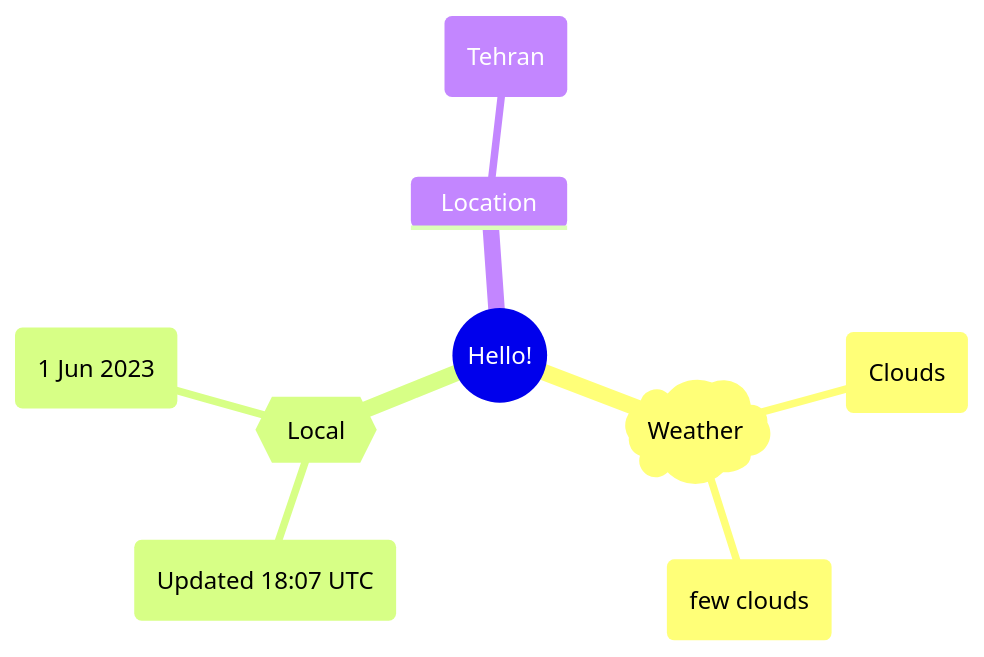
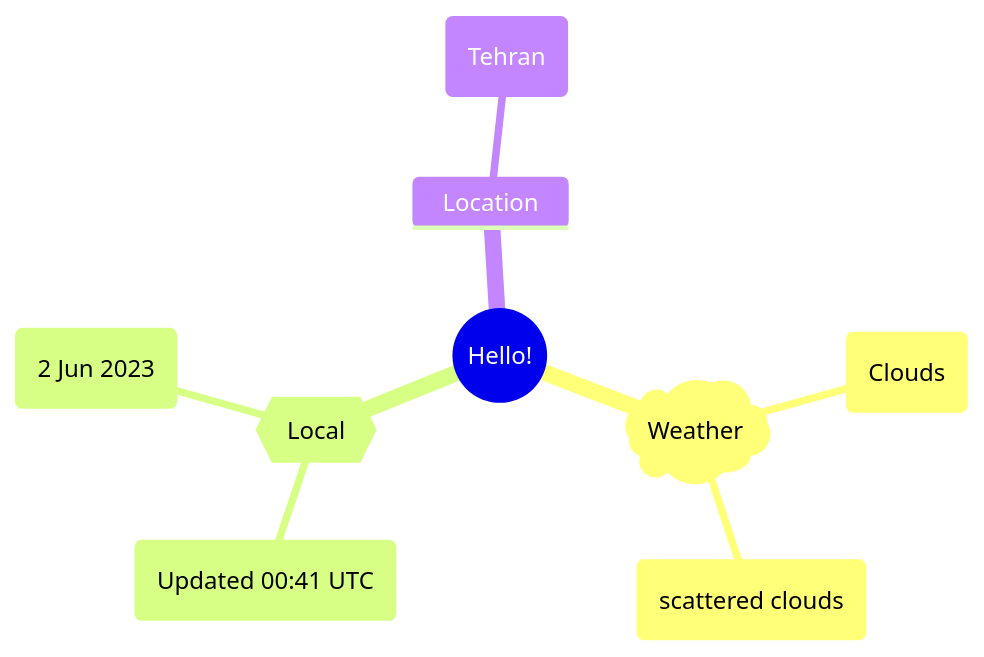
Before and after one commit to Xosrov/Xosrov: the first of 2 diagrams in README.md, drawn with Mermaid.

Commit message:
[bot] updated images

````diff
--- a/README.md
+++ b/README.md
@@ -3,12 +3,12 @@
 ```mermaid
 mindmap
   root((Hello!))
     )Weather(
         (Clouds)
-        (few clouds)
+        (scattered clouds)
     {{Local}}
-        (Updated 18:07 UTC)
-        (1 Jun 2023)
+        (Updated 00:41 UTC)
+        (2 Jun 2023)
     Location
         (Tehran)
 ```
````
